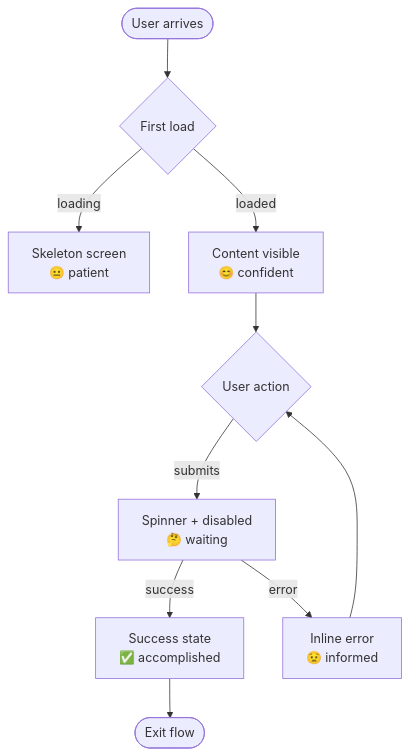
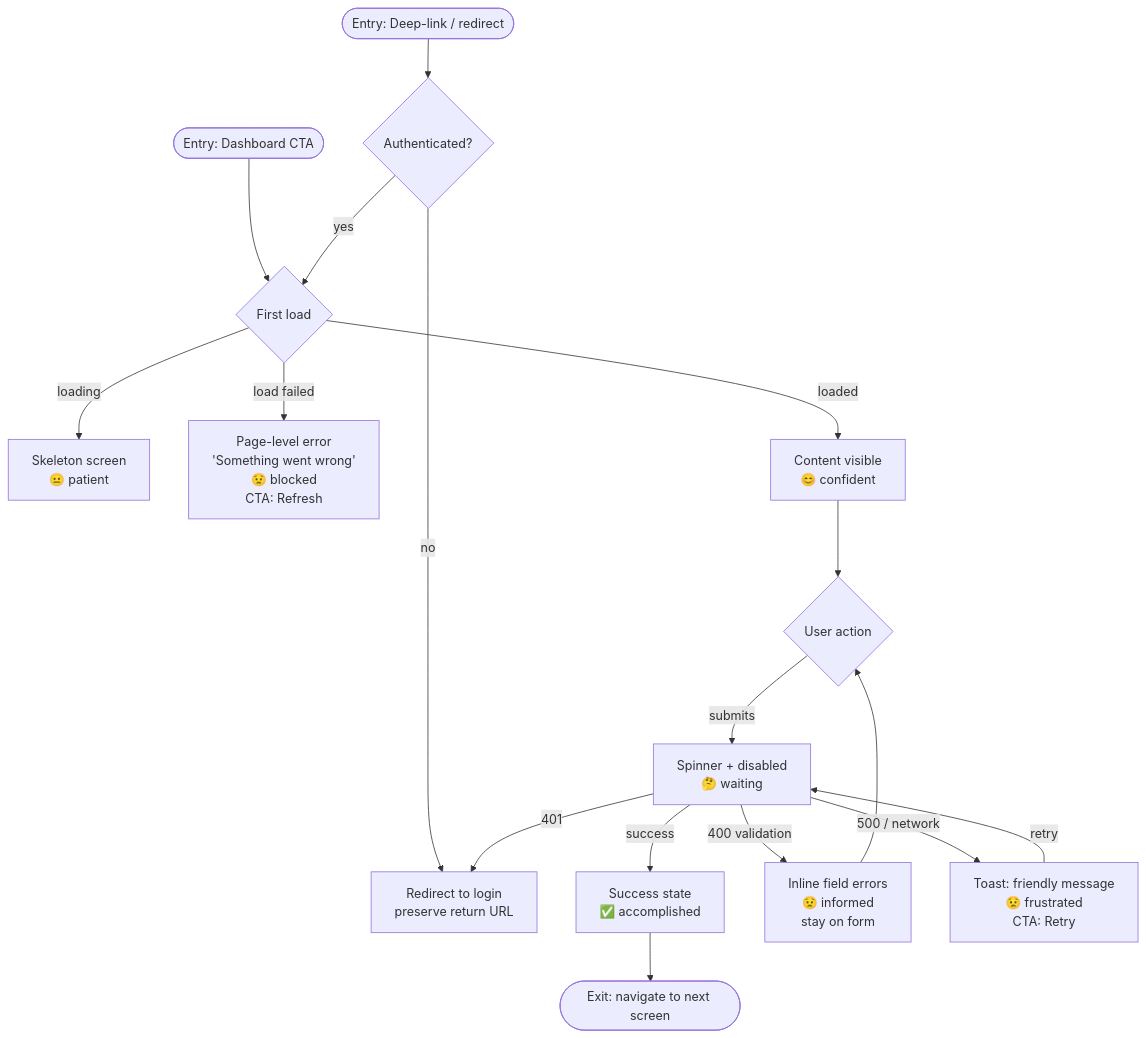
Before and after one commit to Maximumsoft-Co-LTD/claude-foundation-template: the second of 4 diagrams in docs/templates/FRONTEND-DESIGN-TEMPLATE.md, drawn with Mermaid. The commit also changed other lines of this file and 6 other files, not shown here.

````diff
--- a/docs/templates/FRONTEND-DESIGN-TEMPLATE.md
+++ b/docs/templates/FRONTEND-DESIGN-TEMPLATE.md
@@ -41,12 +69,21 @@
 ```mermaid
 flowchart TD
-    A([User arrives]) --> B{First load}
-    B -->|loading| C[Skeleton screen\n😐 patient]
+    E1([Entry: Dashboard CTA]) --> B
+    E2([Entry: Deep-link / redirect]) --> AUTH{Authenticated?}
+    AUTH -->|no| LOGIN[Redirect to login\npreserve return URL]
+    AUTH -->|yes| B
+
+    B{First load} -->|loading| C[Skeleton screen\n😐 patient]
+    B -->|load failed| LERR[Page-level error\n'Something went wrong'\n😟 blocked\nCTA: Refresh]
     B -->|loaded| D[Content visible\n😊 confident]
+
     D --> E{User action}
     E -->|submits| F[Spinner + disabled\n🤔 waiting]
     F -->|success| G[Success state\n✅ accomplished]
-    F -->|error| H[Inline error\n😟 informed]
+    F -->|400 validation| H[Inline field errors\n😟 informed\nstay on form]
+    F -->|500 / network| T[Toast: friendly message\n😟 frustrated\nCTA: Retry]
+    F -->|401| LOGIN
     H --> E
-    G --> I([Exit flow])
+    T -->|retry| F
+    G --> EXIT([Exit: navigate to next screen])
 ```
````
